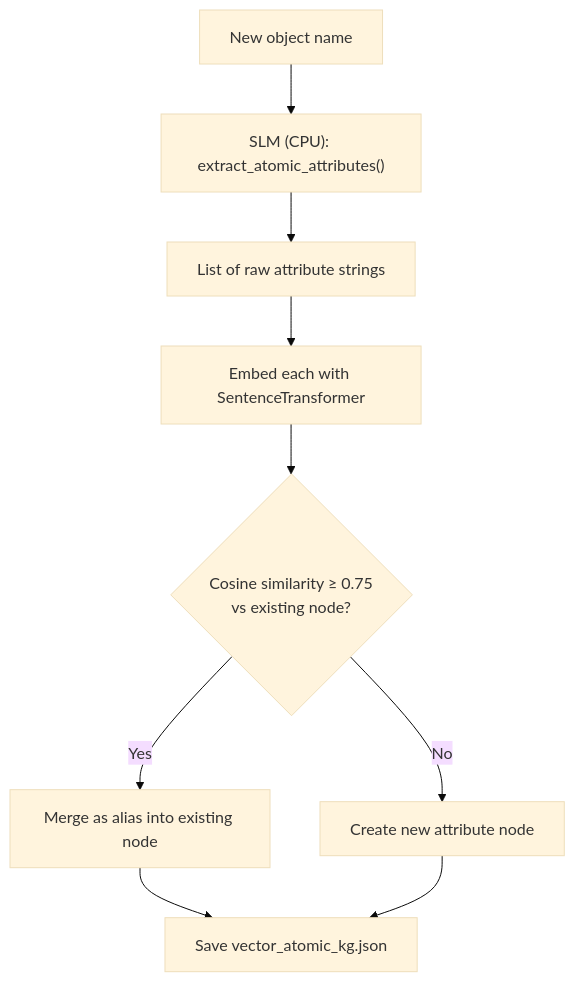
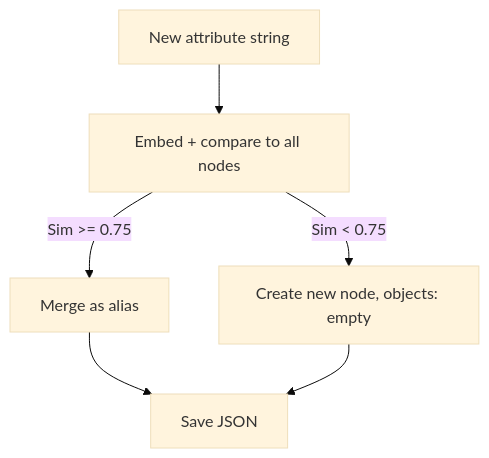
One commit to AdityaSirsalkar001/Task-Driven-Object-Detection changed the first of 2 diagrams in Aditya/Graph_Approach/README.md. Above: the diagram before and after it, drawn with Mermaid (base theme). The commit also changed other lines of this file, not shown here.

Commit message:
Updated the Graph Approach

````diff
--- a/Aditya/Graph_Approach/README.md
+++ b/Aditya/Graph_Approach/README.md
@@ -18,11 +14,8 @@
 ```mermaid
 flowchart TD
-    A[New object name] --> B["SLM (CPU): extract_atomic_attributes()"]
-    B --> C[List of raw attribute strings]
-    C --> D[Embed each with SentenceTransformer]
-    D --> E{Cosine similarity ≥ 0.75<br/>vs existing node?}
-    E -- Yes --> F[Merge as alias into existing node]
-    E -- No --> G[Create new attribute node]
-    F --> H[Save vector_atomic_kg.json]
-    G --> H
+    A[New attribute string] --> B[Embed + compare to all nodes]
+    B -->|Sim >= 0.75| C[Merge as alias]
+    B -->|Sim < 0.75| D[Create new node, objects: empty]
+    C --> E[Save JSON]
+    D --> E
 ```
````
